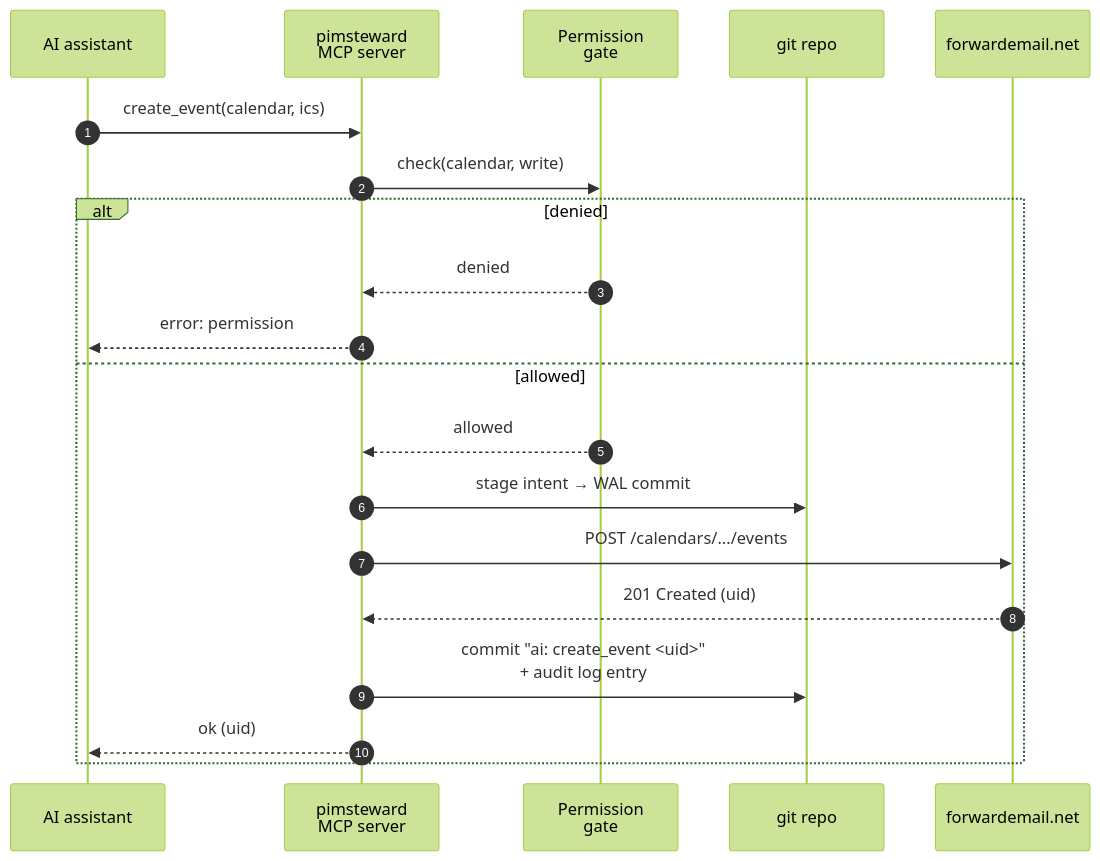
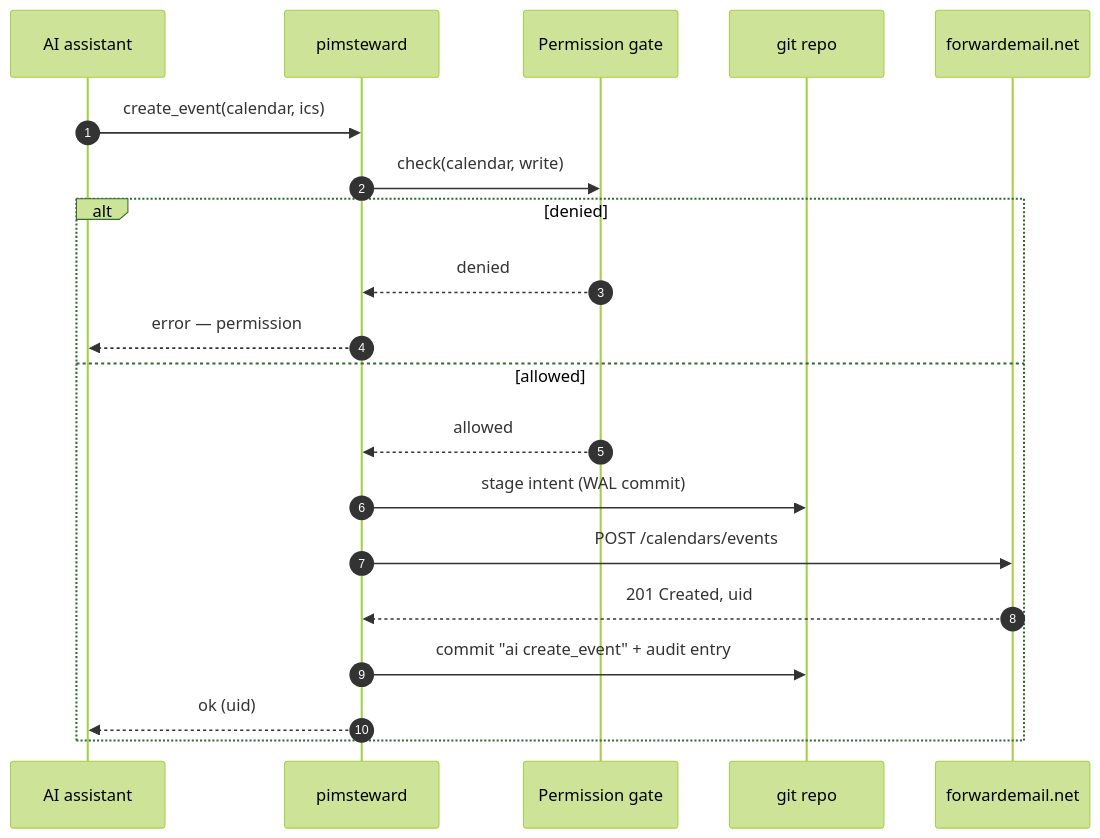
One commit to dcardamo/pimsteward changed the second of 3 diagrams in README.md. Above: the diagram before and after it, drawn with Mermaid (forest theme). The commit also changed other lines of this file, not shown here.

First line of the commit message:
docs: fix mermaid diagram text truncation

````diff
--- a/README.md
+++ b/README.md
@@ -181,23 +181,23 @@
 ```mermaid
 sequenceDiagram
     autonumber
     participant AI as AI assistant
-    participant MCP as pimsteward<br/>MCP server
-    participant P as Permission<br/>gate
+    participant MCP as pimsteward
+    participant P as Permission gate
     participant G as git repo
     participant FE as forwardemail.net
 
     AI->>MCP: create_event(calendar, ics)
     MCP->>P: check(calendar, write)
     alt denied
         P-->>MCP: denied
-        MCP-->>AI: error: permission
+        MCP-->>AI: error — permission
     else allowed
         P-->>MCP: allowed
-        MCP->>G: stage intent → WAL commit
-        MCP->>FE: POST /calendars/.../events
-        FE-->>MCP: 201 Created (uid)
-        MCP->>G: commit "ai: create_event <uid>"<br/>+ audit log entry
+        MCP->>G: stage intent (WAL commit)
+        MCP->>FE: POST /calendars/events
+        FE-->>MCP: 201 Created, uid
+        MCP->>G: commit "ai create_event" + audit entry
         MCP-->>AI: ok (uid)
     end
 ```
````
